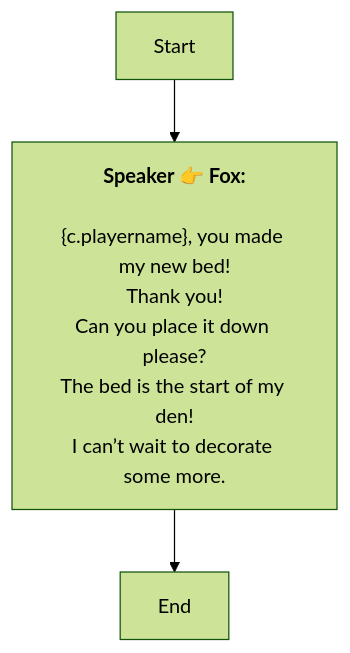
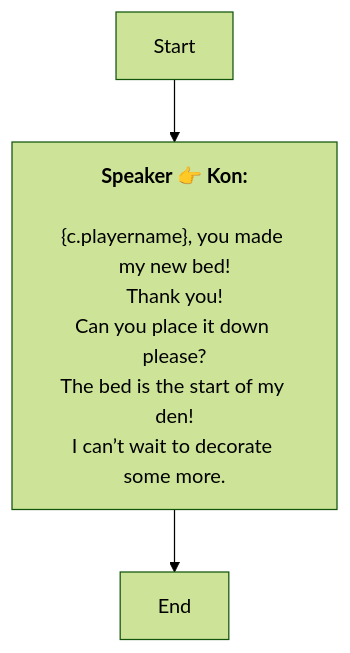
The diagram in Zh/QuestStartTalkENode_1741804102115683.md (SoftHu/tos_avg), drawn with Mermaid (forest theme) before and after one commit. The commit also changed 730 other files, not shown here.

````diff
--- a/Zh/QuestStartTalkENode_1741804102115683.md
+++ b/Zh/QuestStartTalkENode_1741804102115683.md
@@ -1,10 +1,10 @@
 ```mermaid
 graph
-Start -->1741804137167206[<b>Speaker 👉 Fox:</b>
+Start -->1741804137167206[<b>Speaker 👉 Kon:</b>
 \n&lbrace;c.playername&rbrace;, you made my new bed!
 Thank you!\nCan you place it down please?
 The bed is the start of my den!
 I can’t wait to decorate some more.]
 1741804137167206 -->1741804234604903[End]
 
 ```
````
